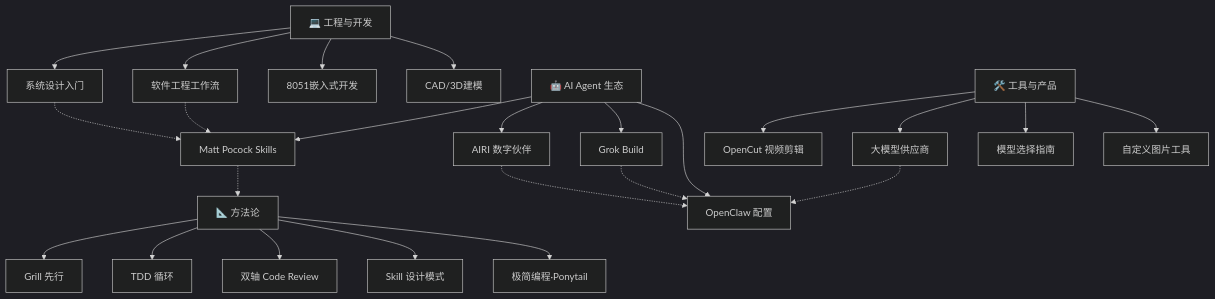
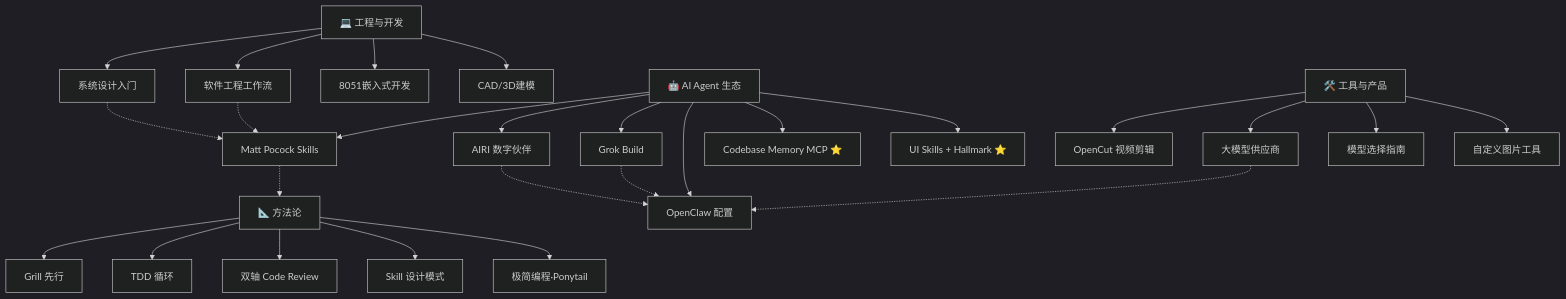
The diagram in knowledge/knowledge-map.md (mo9652962-ai/second-brain), drawn with Mermaid (dark theme) before and after one commit. The commit also changed other lines of this file and 9 other files, not shown here.

````diff
--- a/knowledge/knowledge-map.md
+++ b/knowledge/knowledge-map.md
@@ -44,27 +44,29 @@
 ```mermaid
 graph TD
     A[💻 工程与开发] --> A1[系统设计入门]
     A --> A2[软件工程工作流]
     A --> A3[8051嵌入式开发]
     A --> A4[CAD/3D建模]
     B[🤖 AI Agent 生态] --> B1[Matt Pocock Skills]
     B --> B2[AIRI 数字伙伴]
     B --> B3[Grok Build]
     B --> B4[OpenClaw 配置]
+    B --> B5[Codebase Memory MCP ⭐]
+    B --> B6[UI Skills + Hallmark ⭐]
     C[🛠️ 工具与产品] --> C1[OpenCut 视频剪辑]
     C --> C2[大模型供应商]
     C --> C3[模型选择指南]
     C --> C4[自定义图片工具]
     D[📐 方法论] --> D1[Grill 先行]
     D --> D2[TDD 循环]
     D --> D3[双轴 Code Review]
     D --> D4[Skill 设计模式]
     D --> D5[极简编程·Ponytail]
     
     A1 -.-> B1
     A2 -.-> B1
     B1 -.-> D
     B2 -.-> B4
     B3 -.-> B4
     C2 -.-> B4
 ```
````
